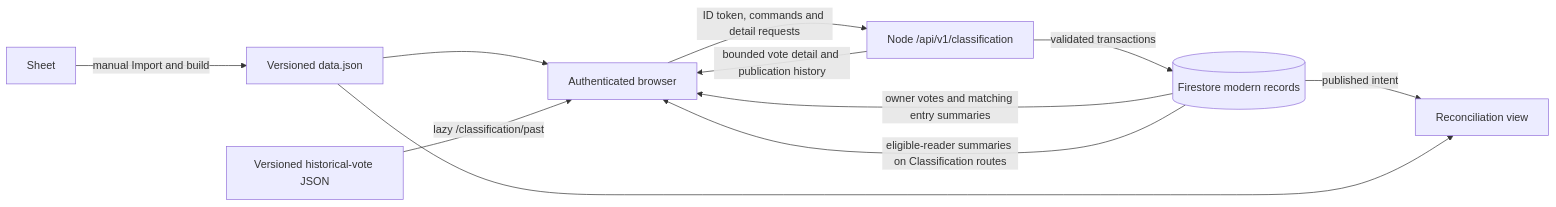
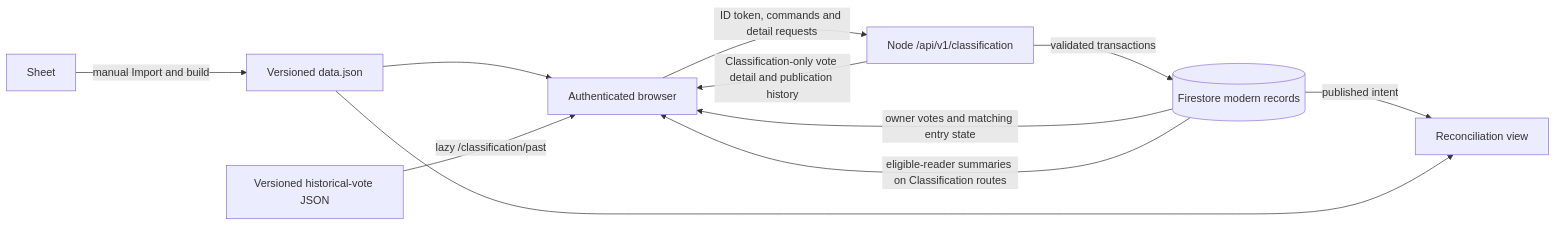
One commit to Lockpickers-United/lpu-belt-explorer changed the diagram in internal-docs/classification-public-data-recommendation.md. Above: the diagram before and after it, drawn with Mermaid. The commit also changed other lines of this file and 7 other files, not shown here.

Commit message:
dont show other people's votes outside of classification

````diff
--- a/internal-docs/classification-public-data-recommendation.md
+++ b/internal-docs/classification-public-data-recommendation.md
@@ -11,13 +11,13 @@
 ```mermaid
 flowchart LR
     U[Authenticated browser] -->|ID token, commands and detail requests| API[Node /api/v1/classification]
     API -->|validated transactions| FS[(Firestore modern records)]
-    FS -->|owner votes and matching entry summaries| U
+    FS -->|owner votes and matching entry state| U
     FS -->|eligible-reader summaries on Classification routes| U
-    API -->|bounded vote detail and publication history| U
+    API -->|Classification-only vote detail and publication history| U
     CAT[Sheet] -->|manual Import and build| JSON[Versioned data.json]
     JSON --> U
     HIST[Versioned historical-vote JSON] -->|lazy /classification/past| U
     FS -->|published intent| COMP[Reconciliation view]
     JSON --> COMP
 ```
````
